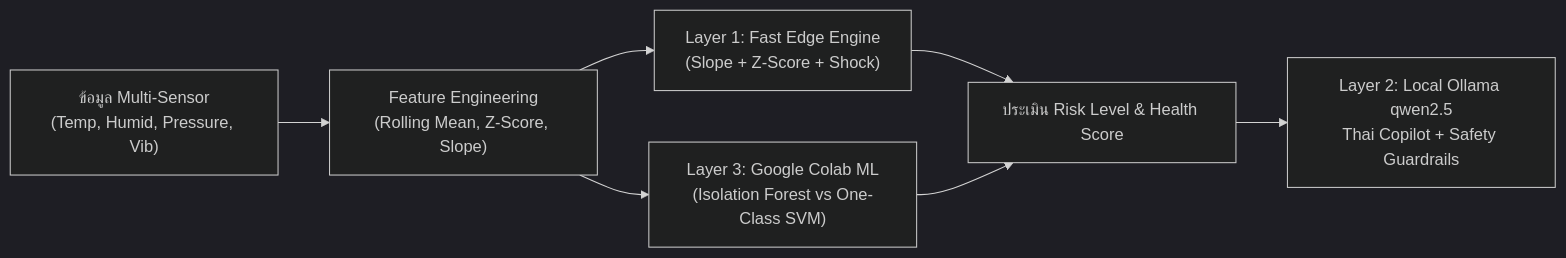
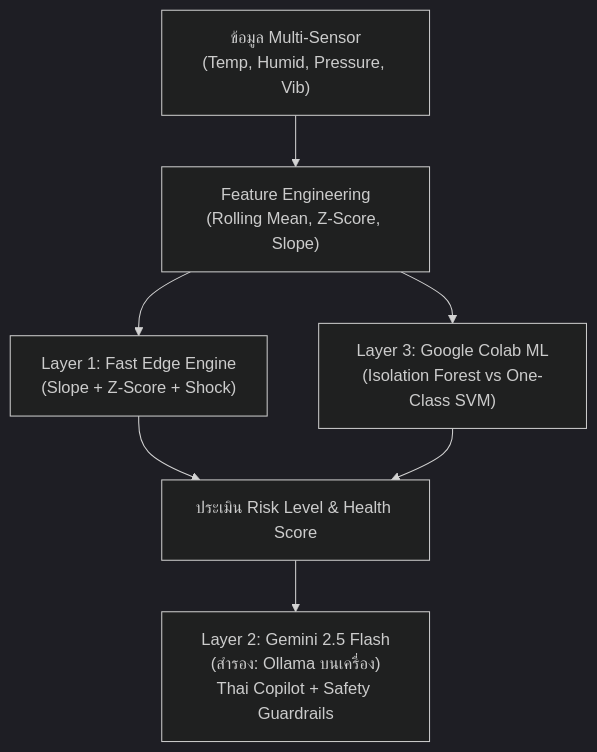
The diagram in docs/04_ai_anomaly_detection.md (chanapasadudee-max/aiot-coldchain-monitor), drawn with Mermaid (dark theme) before and after one commit. The commit also changed other lines of this file and 13 other files, not shown here.

````diff
--- a/docs/04_ai_anomaly_detection.md
+++ b/docs/04_ai_anomaly_detection.md
@@ -25,9 +26,9 @@
 ```mermaid
-flowchart LR
+flowchart TB
     A["ข้อมูล Multi-Sensor<br>(Temp, Humid, Pressure, Vib)"] --> B["Feature Engineering<br>(Rolling Mean, Z-Score, Slope)"]
     B --> C["Layer 1: Fast Edge Engine<br>(Slope + Z-Score + Shock)"]
     B --> D["Layer 3: Google Colab ML<br>(Isolation Forest vs One-Class SVM)"]
     C --> E["ประเมิน Risk Level & Health Score"]
     D --> E
-    E --> F["Layer 2: Local Ollama qwen2.5<br>Thai Copilot + Safety Guardrails"]
+    E --> F["Layer 2: Gemini 2.5 Flash<br>(สำรอง: Ollama บนเครื่อง)<br>Thai Copilot + Safety Guardrails"]
 ```
````
